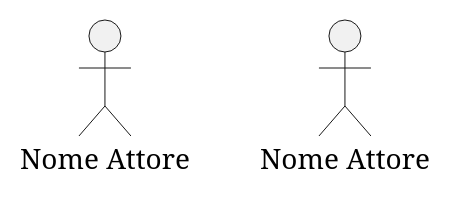
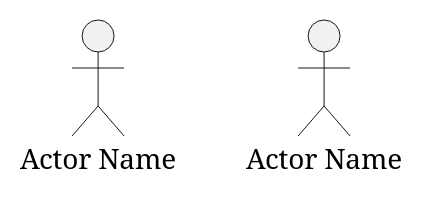
The first of 21 diagrams in 03-behavioral-diagrams/use-case-diagrams/README.md (Seniorsimo/sas-template), drawn with PlantUML before and after one commit. The commit also changed other lines of this file and 49 other files, not shown here.

````diff
--- a/03-behavioral-diagrams/use-case-diagrams/README.md
+++ b/03-behavioral-diagrams/use-case-diagrams/README.md
@@ -16,4 +16,4 @@
 ```plantuml
-actor "Nome Attore" as ActorAlias
-actor :Nome Attore: as ActorAlias2
+actor "Actor Name" as ActorAlias
+actor :Actor Name: as ActorAlias2
 ```
````
